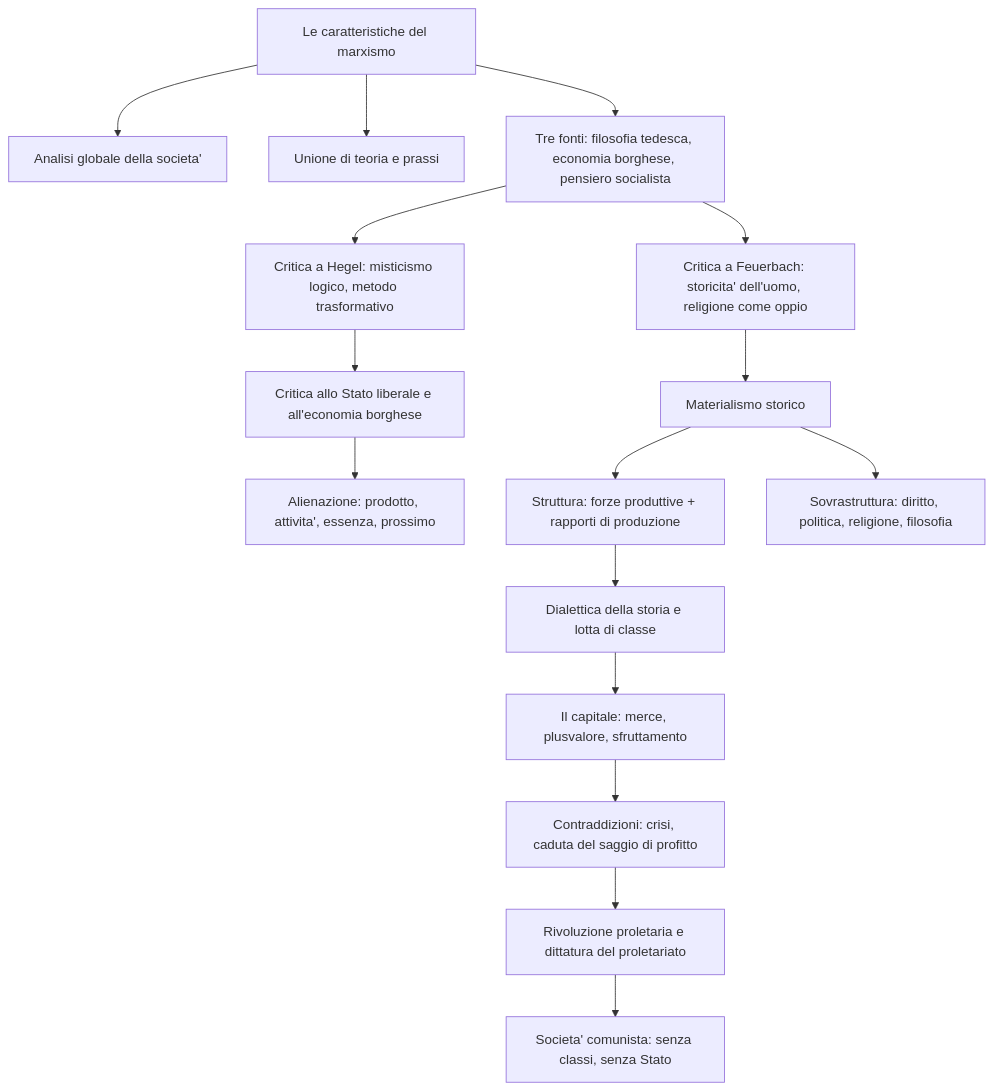
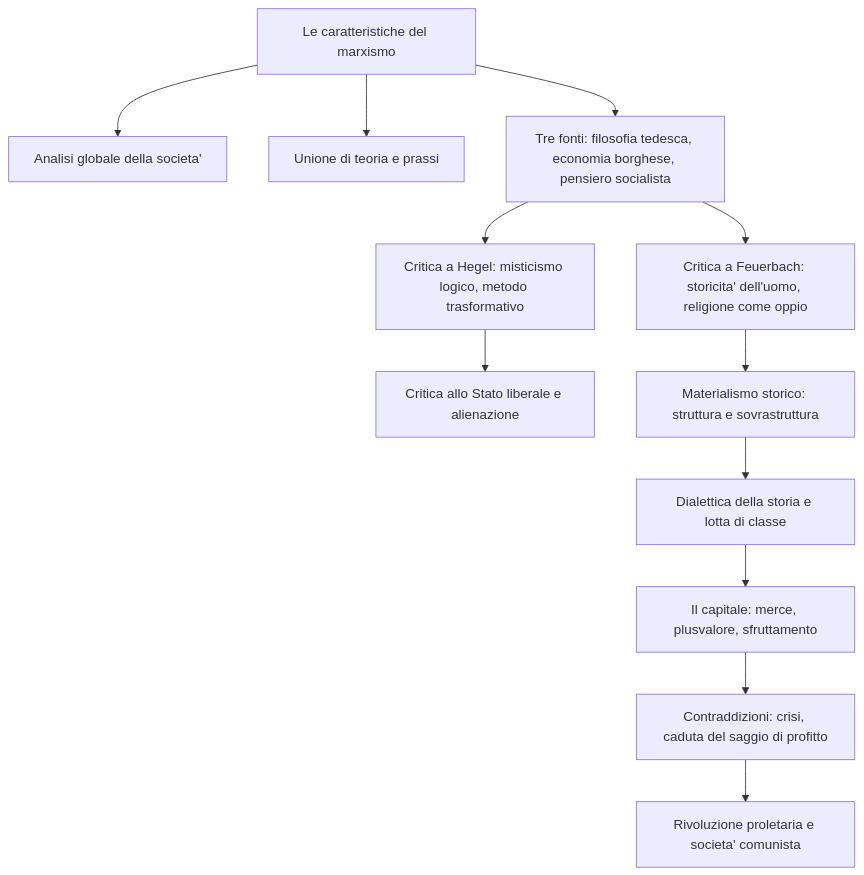
One commit to nadiadba/nadia-secondbrain changed the diagram in docs/filosofia/ottocento/marx.md. Above: the diagram before and after it, drawn with Mermaid. The commit also changed other lines of this file and 1 other file, not shown here.

````diff
--- a/docs/filosofia/ottocento/marx.md
+++ b/docs/filosofia/ottocento/marx.md
@@ -121,18 +87,14 @@
 ```mermaid
 flowchart TD
     A["Le caratteristiche del marxismo"] --> B["Analisi globale della societa'"]
     A --> C["Unione di teoria e prassi"]
     A --> D["Tre fonti: filosofia tedesca, economia borghese, pensiero socialista"]
     D --> E["Critica a Hegel: misticismo logico, metodo trasformativo"]
     D --> F["Critica a Feuerbach: storicita' dell'uomo, religione come oppio"]
-    E --> G["Critica allo Stato liberale e all'economia borghese"]
-    G --> H["Alienazione: prodotto, attivita', essenza, prossimo"]
-    F --> I["Materialismo storico"]
-    I --> J["Struttura: forze produttive + rapporti di produzione"]
-    I --> K["Sovrastruttura: diritto, politica, religione, filosofia"]
-    J --> L["Dialettica della storia e lotta di classe"]
+    E --> G["Critica allo Stato liberale e alienazione"]
+    F --> I["Materialismo storico: struttura e sovrastruttura"]
+    I --> L["Dialettica della storia e lotta di classe"]
     L --> M["Il capitale: merce, plusvalore, sfruttamento"]
     M --> N["Contraddizioni: crisi, caduta del saggio di profitto"]
-    N --> O["Rivoluzione proletaria e dittatura del proletariato"]
-    O --> P["Societa' comunista: senza classi, senza Stato"]
+    N --> O["Rivoluzione proletaria e societa' comunista"]
 ```
````
